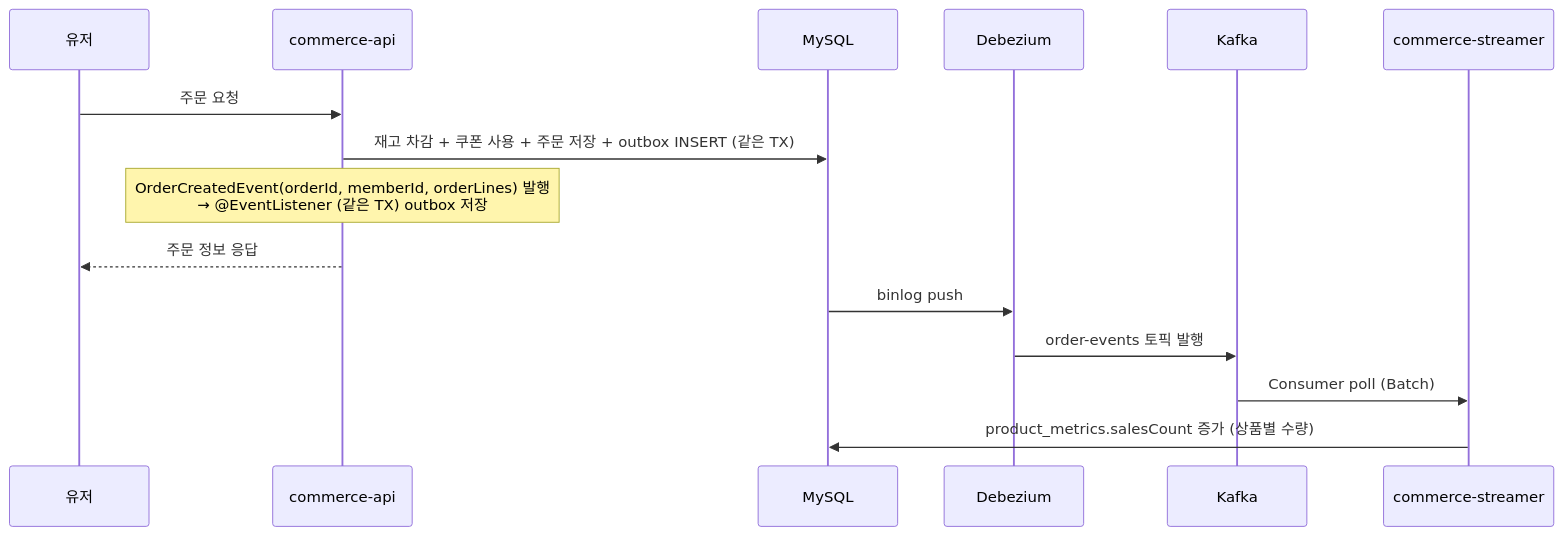
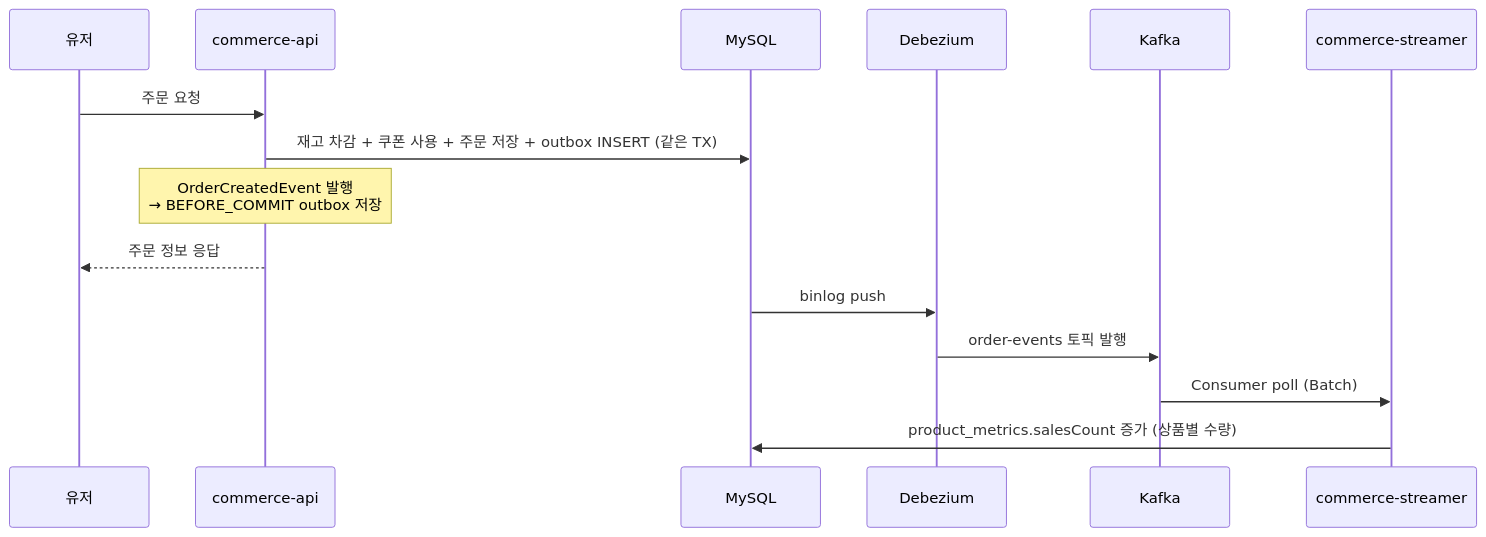
The third of 10 diagrams in docs/quests/round-07/flow-diagram.md (APapeIsName/loop-pack-be-l2-vol3-java), drawn with Mermaid before and after one commit. The commit also changed other lines of this file and 3 other files, not shown here.

````diff
--- a/docs/quests/round-07/flow-diagram.md
+++ b/docs/quests/round-07/flow-diagram.md
@@ -52,19 +54,19 @@
 ```mermaid
 sequenceDiagram
     participant 유저
     participant API as commerce-api
     participant DB as MySQL
     participant DEB as Debezium
     participant KF as Kafka
     participant STR as commerce-streamer
 
     유저->>API: 주문 요청
     API->>DB: 재고 차감 + 쿠폰 사용 + 주문 저장 + outbox INSERT (같은 TX)
-    Note over API: OrderCreatedEvent(orderId, memberId, orderLines) 발행<br/>→ @EventListener (같은 TX) outbox 저장
+    Note over API: OrderCreatedEvent 발행<br/>→ BEFORE_COMMIT outbox 저장
     API-->>유저: 주문 정보 응답
 
     DB->>DEB: binlog push
     DEB->>KF: order-events 토픽 발행
     KF->>STR: Consumer poll (Batch)
     STR->>DB: product_metrics.salesCount 증가 (상품별 수량)
 ```
````
